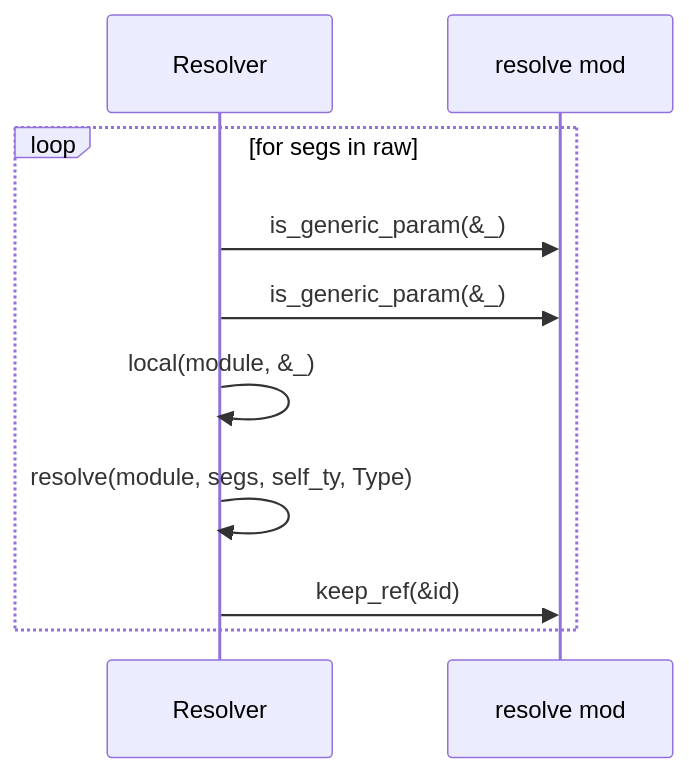
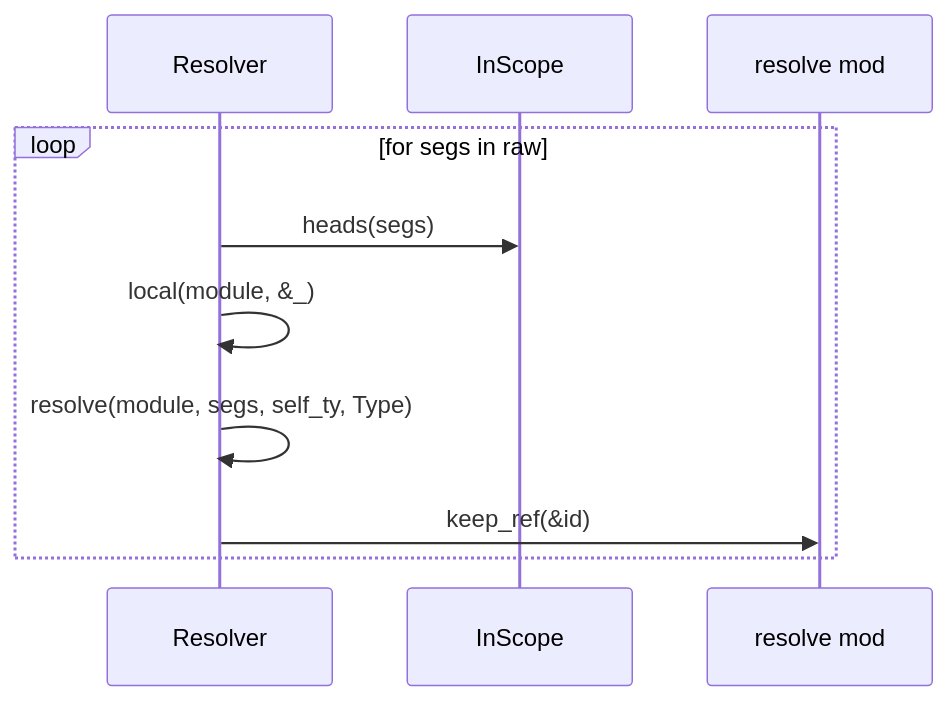
Before and after one commit to DreamLab-AI/codemaid: diagram 16 of 25 in docs/sealmap/crates/sealmap-rust/src/resolve.rs.md, drawn with Mermaid. The commit also changed other lines of this file and 8 other files, not shown here.

First line of the commit message:
fix(sealmap-rust): resolve generic parameters from declared scope, not name shape

````diff
--- a/docs/sealmap/crates/sealmap-rust/src/resolve.rs.md
+++ b/docs/sealmap/crates/sealmap-rust/src/resolve.rs.md
@@ -451,12 +518,12 @@
 ```mermaid
 sequenceDiagram
   participant sealmap_rust__resolve___tResolver as Resolver
+  participant sealmap_rust__resolve___tInScope as InScope
   participant sealmap_rust__resolve as resolve mod
   loop for segs in raw
-    sealmap_rust__resolve___tResolver->>sealmap_rust__resolve: is_generic_param(&_)
-    sealmap_rust__resolve___tResolver->>sealmap_rust__resolve: is_generic_param(&_)
+    sealmap_rust__resolve___tResolver->>sealmap_rust__resolve___tInScope: heads(segs)
     sealmap_rust__resolve___tResolver->>sealmap_rust__resolve___tResolver: local(module, &_)
     sealmap_rust__resolve___tResolver->>sealmap_rust__resolve___tResolver: resolve(module, segs, self_ty, Type)
     sealmap_rust__resolve___tResolver->>sealmap_rust__resolve: keep_ref(&id)
   end
 ```
````
